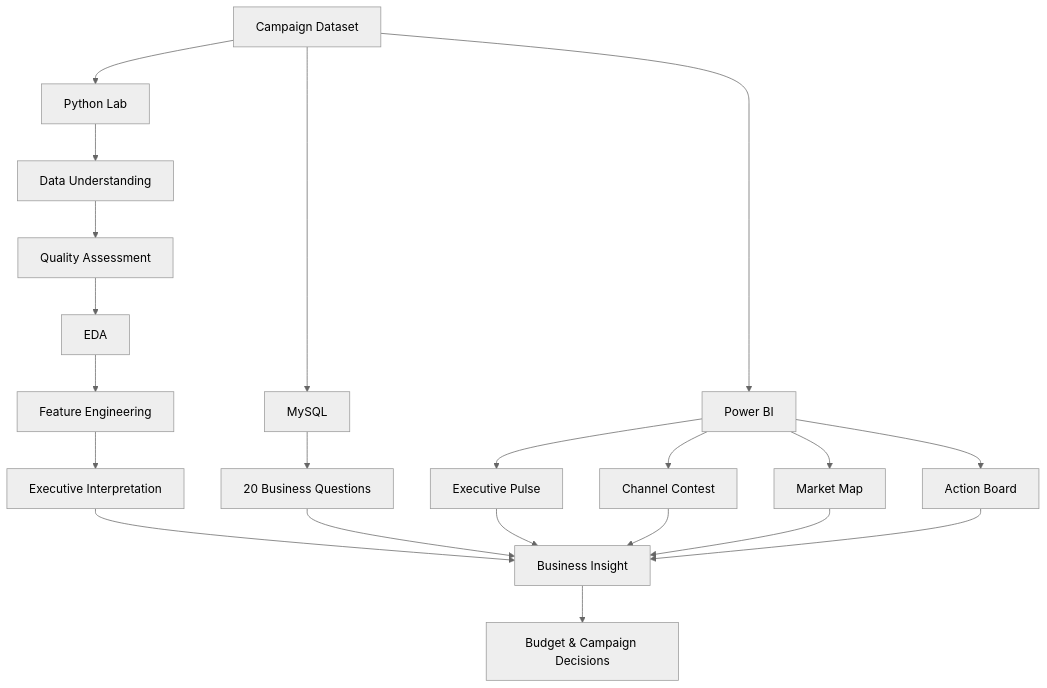
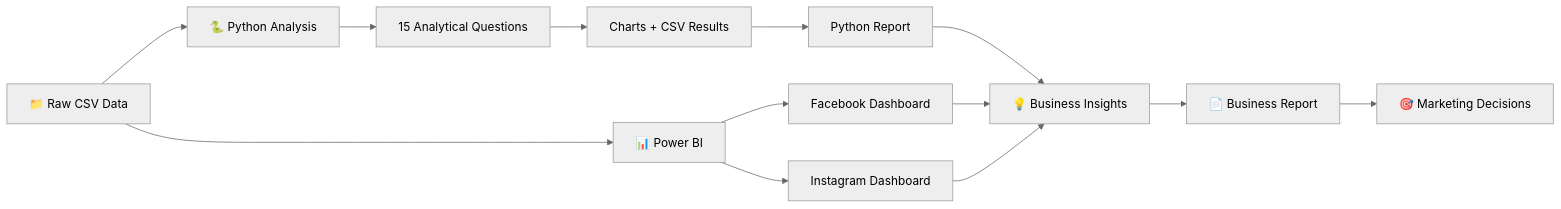
The diagram in README.md (subachansubedi/Digital-Advertising-Performance-Analytics), drawn with Mermaid (neutral theme) before and after one commit. The commit also changed other lines of this file, not shown here.

````diff
--- a/README.md
+++ b/README.md
@@ -511,30 +272,21 @@
 ```mermaid
-flowchart TD
+flowchart LR
+    A["📁 Raw CSV Data"]
 
-    A["Campaign Dataset"]
+    A --> B["🐍 Python Analysis"]
+    A --> C["📊 Power BI"]
 
-    A --> B["Python Lab"]
-    B --> B1["Data Understanding"]
-    B1 --> B2["Quality Assessment"]
-    B2 --> B3["EDA"]
-    B3 --> B4["Feature Engineering"]
-    B4 --> B5["Executive Interpretation"]
+    B --> B1["15 Analytical Questions"]
+    B1 --> B2["Charts + CSV Results"]
+    B2 --> B3["Python Report"]
 
-    A --> C["MySQL"]
-    C --> C1["20 Business Questions"]
+    C --> C1["Facebook Dashboard"]
+    C --> C2["Instagram Dashboard"]
 
-    A --> D["Power BI"]
-    D --> D1["Executive Pulse"]
-    D --> D2["Channel Contest"]
-    D --> D3["Market Map"]
-    D --> D4["Action Board"]
+    B3 --> D["💡 Business Insights"]
+    C1 --> D
+    C2 --> D
 
-    B5 --> E["Business Insight"]
-    C1 --> E
-    D1 --> E
-    D2 --> E
-    D3 --> E
-    D4 --> E
-
-    E --> F["Budget & Campaign Decisions"]
+    D --> E["📄 Business Report"]
+    E --> F["🎯 Marketing Decisions"]
 ```
````
